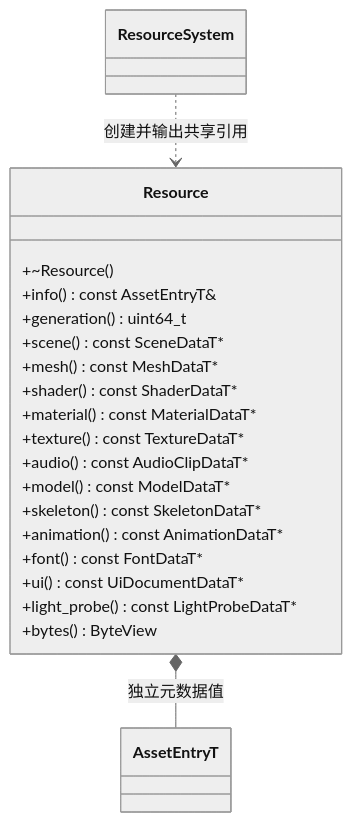
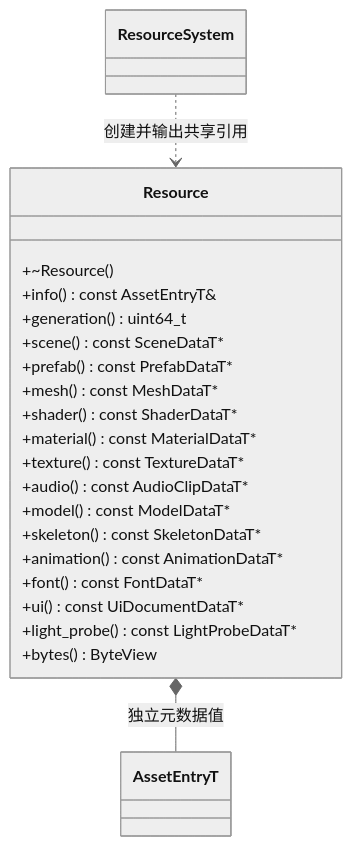
The first of 2 diagrams in docs/runtime/class-diagrams/resource.md (lcals/Engine), drawn with Mermaid (neutral theme) before and after one commit. The commit also changed other lines of this file and 193 other files, not shown here.

````diff
--- a/docs/runtime/class-diagrams/resource.md
+++ b/docs/runtime/class-diagrams/resource.md
@@ -7,25 +7,26 @@
 ```mermaid
 classDiagram
     class Resource {
         +~Resource()
         +info() const AssetEntryT&
         +generation() uint64_t
         +scene() const SceneDataT#42;
+        +prefab() const PrefabDataT#42;
         +mesh() const MeshDataT#42;
         +shader() const ShaderDataT#42;
         +material() const MaterialDataT#42;
         +texture() const TextureDataT#42;
         +audio() const AudioClipDataT#42;
         +model() const ModelDataT#42;
         +skeleton() const SkeletonDataT#42;
         +animation() const AnimationDataT#42;
         +font() const FontDataT#42;
         +ui() const UiDocumentDataT#42;
         +light_probe() const LightProbeDataT#42;
         +bytes() ByteView
     }
     class AssetEntryT
     class ResourceSystem
     Resource *-- AssetEntryT : 独立元数据值
     ResourceSystem ..> Resource : 创建并输出共享引用
 ```
````
